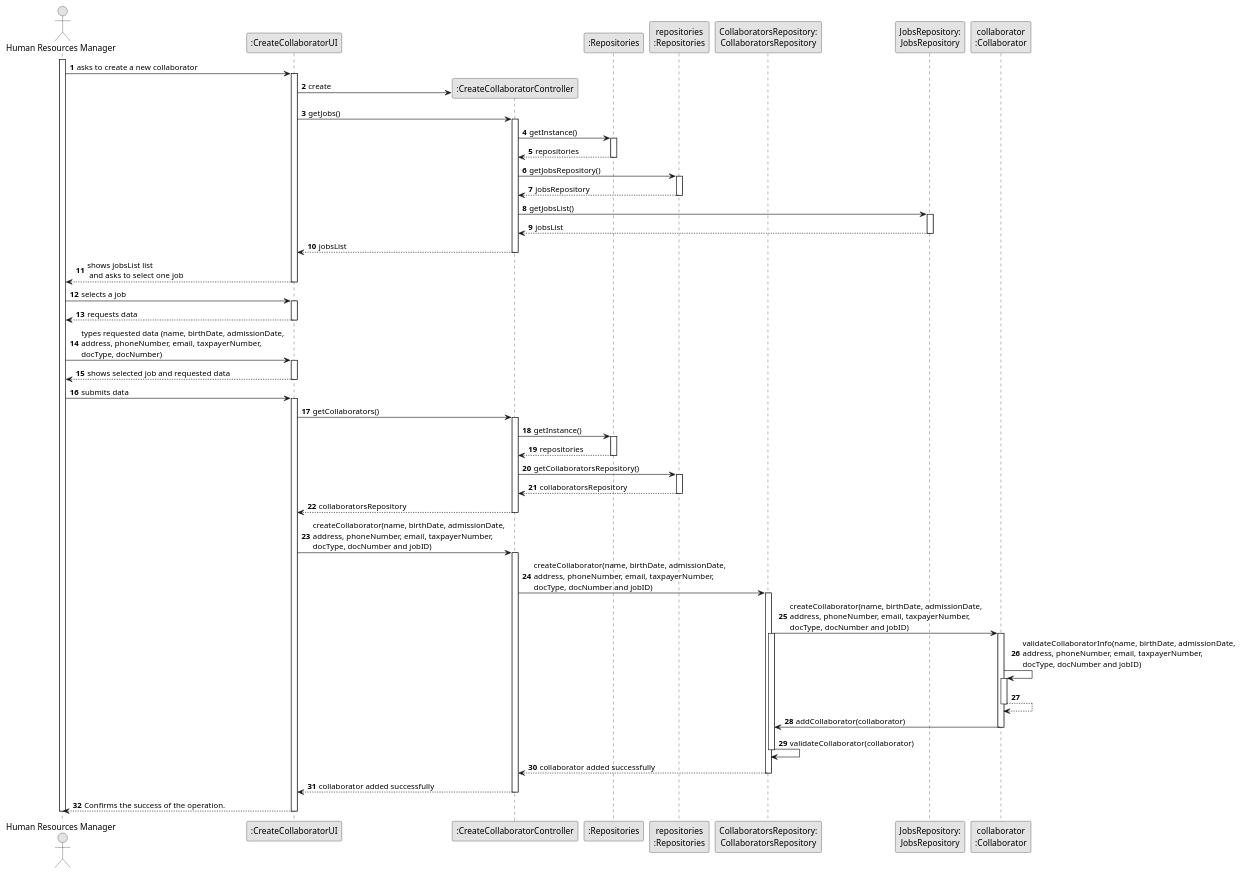
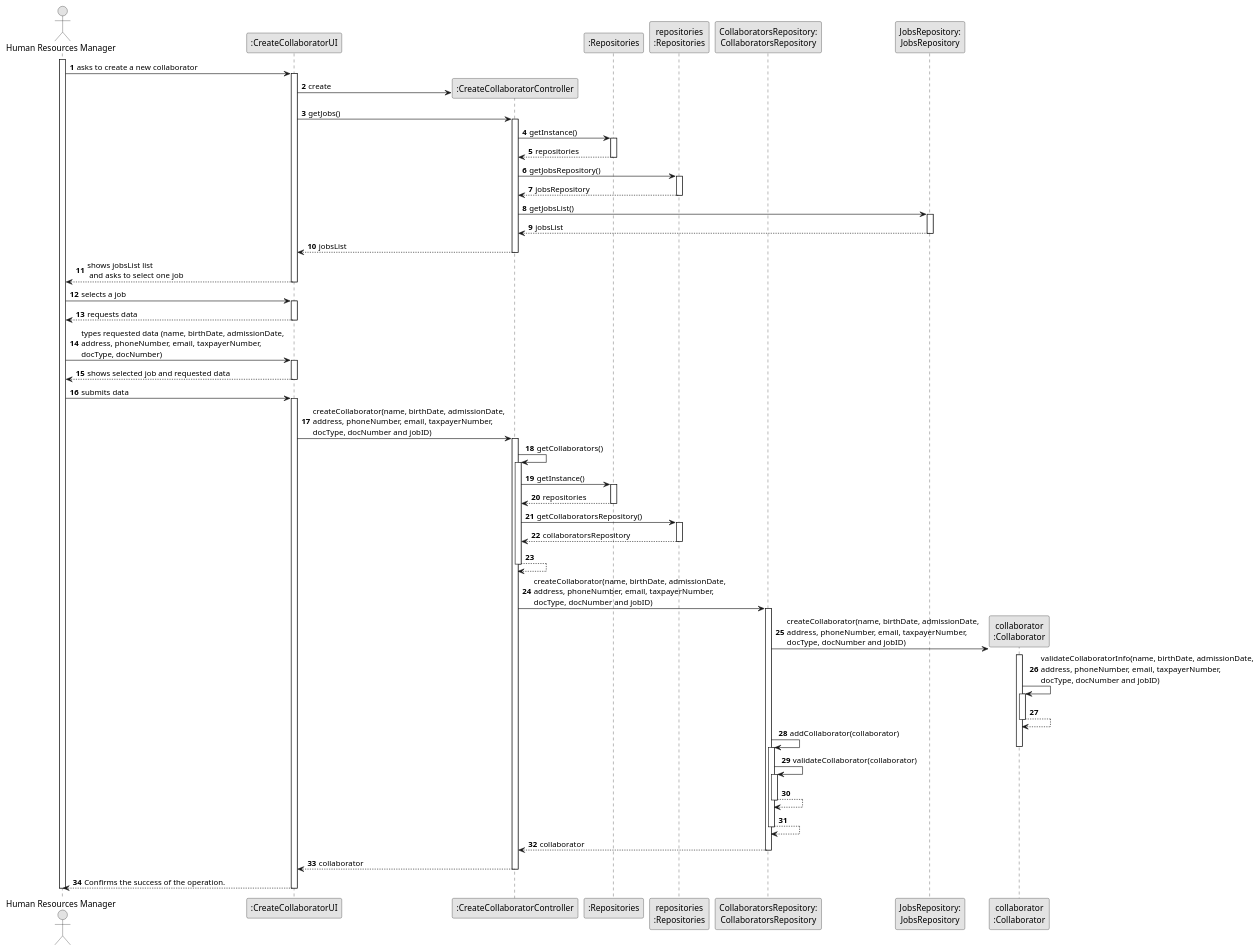
One commit to SAEmanuel/Green_Spaces_Management_ISEP changed the diagram in docs/sprintB/us003/03.design/puml/us003-sequence-diagram-full.puml. Above: the diagram before and after it, drawn with PlantUML. The commit also changed 1 other file, not shown here.

```diff
--- a/docs/sprintB/us003/03.design/puml/us003-sequence-diagram-full.puml
+++ b/docs/sprintB/us003/03.design/puml/us003-sequence-diagram-full.puml
@@ -1,125 +1,133 @@
 @startuml
 skinparam monochrome true
 skinparam packageStyle rectangle
 skinparam shadowing false
 
 autonumber
 
 'hide footbox
 actor "Human Resources Manager" as HRM
 participant ":CreateCollaboratorUI" as UI
 participant ":CreateCollaboratorController" as CTRL
 participant ":Repositories" as RepositorySingleton
 participant "repositories\n:Repositories" as PLAT
 participant "CollaboratorsRepository:\nCollaboratorsRepository" as CollaboratorsRepository
 participant "JobsRepository:\nJobsRepository" as JobsRepository
 participant "collaborator\n:Collaborator" as Collaborator
 
 activate HRM
 
         HRM -> UI : asks to create a new collaborator
 
         activate UI
 
             UI -> CTRL** : create
 
                 UI -> CTRL : getJobs()
                 activate CTRL
 
                 CTRL -> RepositorySingleton : getInstance()
                                 activate RepositorySingleton
 
                                     RepositorySingleton --> CTRL: repositories
                                 deactivate RepositorySingleton
 
                                 CTRL -> PLAT : getJobsRepository()
                                 activate PLAT
 
                                     PLAT --> CTRL: jobsRepository
                                 deactivate PLAT
 
                 CTRL -> JobsRepository : getJobsList()
                 activate JobsRepository
 
                     JobsRepository --> CTRL : jobsList
                 deactivate JobsRepository
 
                 CTRL --> UI : jobsList
             deactivate CTRL
 
             UI --> HRM : shows jobsList list\n and asks to select one job
         deactivate UI
 
     HRM -> UI : selects a job
     activate UI
 
         UI --> HRM : requests data
     deactivate UI
 
     HRM -> UI : types requested data (name, birthDate, admissionDate,\naddress, phoneNumber, email, taxpayerNumber,\ndocType, docNumber)
     activate UI
 
         UI --> HRM : shows selected job and requested data
     deactivate UI
 
     HRM -> UI : submits data
     activate UI
 
-    UI -> CTRL : getCollaborators()
+            UI -> CTRL : createCollaborator(name, birthDate, admissionDate,\naddress, phoneNumber, email, taxpayerNumber,\ndocType, docNumber and jobID)
     activate CTRL
+    CTRL -> CTRL : getCollaborators()
+
+    activate CTRL
+
 
     CTRL -> RepositorySingleton : getInstance()
                                     activate RepositorySingleton
 
                                         RepositorySingleton --> CTRL: repositories
                                     deactivate RepositorySingleton
 
                                     CTRL -> PLAT : getCollaboratorsRepository()
                                     activate PLAT
 
-                                        PLAT --> CTRL: collaboratorsRepository
+                                     PLAT --> CTRL: collaboratorsRepository
                                     deactivate PLAT
+                                     CTRL --> CTRL
 
-                    CTRL --> UI : collaboratorsRepository
                 deactivate CTRL
 
-        UI -> CTRL : createCollaborator(name, birthDate, admissionDate,\naddress, phoneNumber, email, taxpayerNumber,\ndocType, docNumber and jobID)
-        activate CTRL
+
 
             CTRL -> CollaboratorsRepository : createCollaborator(name, birthDate, admissionDate,\naddress, phoneNumber, email, taxpayerNumber,\ndocType, docNumber and jobID)
 
             activate CollaboratorsRepository
 
-            CollaboratorsRepository -> Collaborator : createCollaborator(name, birthDate, admissionDate,\naddress, phoneNumber, email, taxpayerNumber,\ndocType, docNumber and jobID)
+            CollaboratorsRepository -> Collaborator** : createCollaborator(name, birthDate, admissionDate,\naddress, phoneNumber, email, taxpayerNumber,\ndocType, docNumber and jobID)
 
-            activate CollaboratorsRepository
             activate Collaborator
 
 
 
                 Collaborator -> Collaborator : validateCollaboratorInfo(name, birthDate, admissionDate,\naddress, phoneNumber, email, taxpayerNumber,\ndocType, docNumber and jobID)
                 activate Collaborator
                 Collaborator --> Collaborator :
                 deactivate Collaborator
 
-            Collaborator -> CollaboratorsRepository : addCollaborator(collaborator)
+            CollaboratorsRepository -> CollaboratorsRepository : addCollaborator(collaborator)
             deactivate Collaborator
+                        activate CollaboratorsRepository
+
 
             CollaboratorsRepository -> CollaboratorsRepository: validateCollaborator(collaborator)
-
+             activate CollaboratorsRepository
+             CollaboratorsRepository --> CollaboratorsRepository
             deactivate CollaboratorsRepository
 
-        CollaboratorsRepository --> CTRL : collaborator added successfully
+            CollaboratorsRepository --> CollaboratorsRepository
+            deactivate CollaboratorsRepository
+
+        CollaboratorsRepository --> CTRL : collaborator
         deactivate CollaboratorsRepository
         deactivate Collaborator
 
-        CTRL --> UI: collaborator added successfully
+        CTRL --> UI: collaborator
         deactivate CTRL
 
         UI --> HRM: Confirms the success of the operation.
 
     deactivate UI
 
 deactivate HRM
 
 @enduml
```
